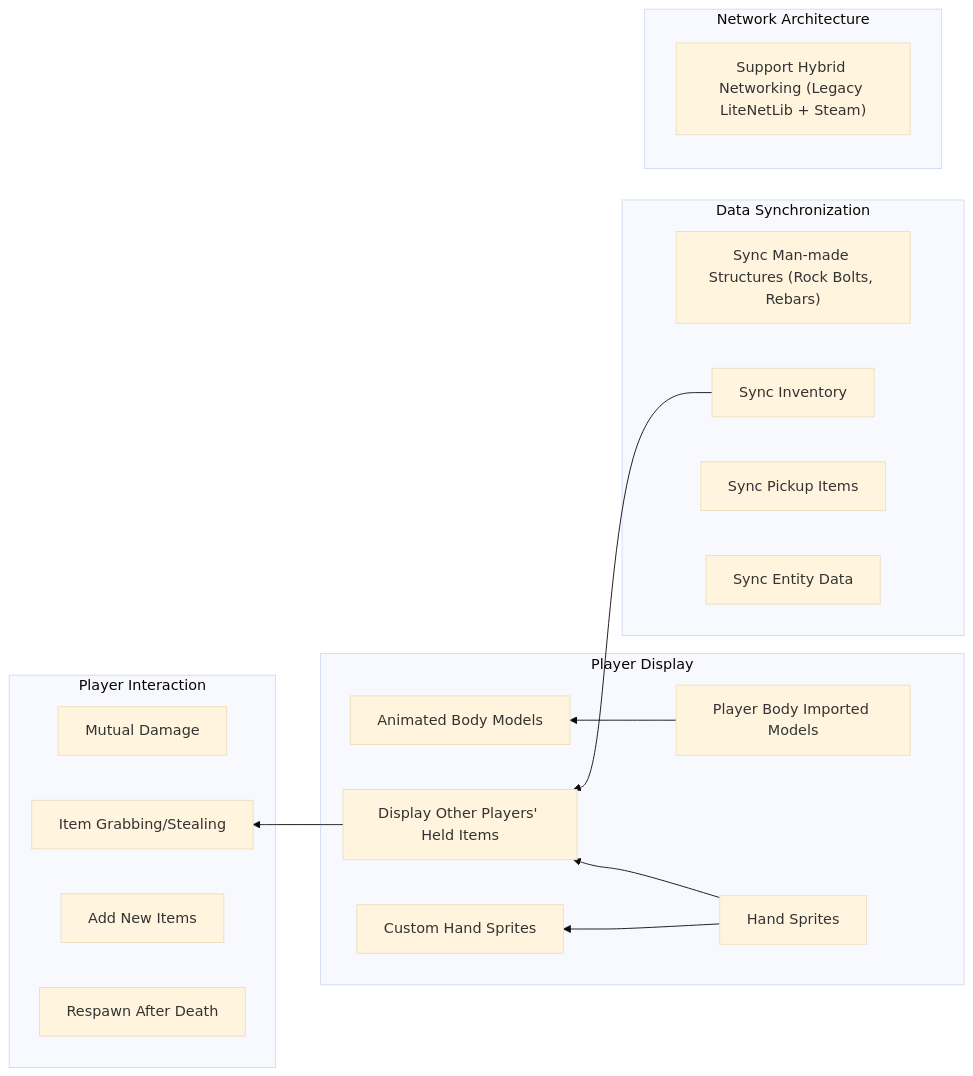
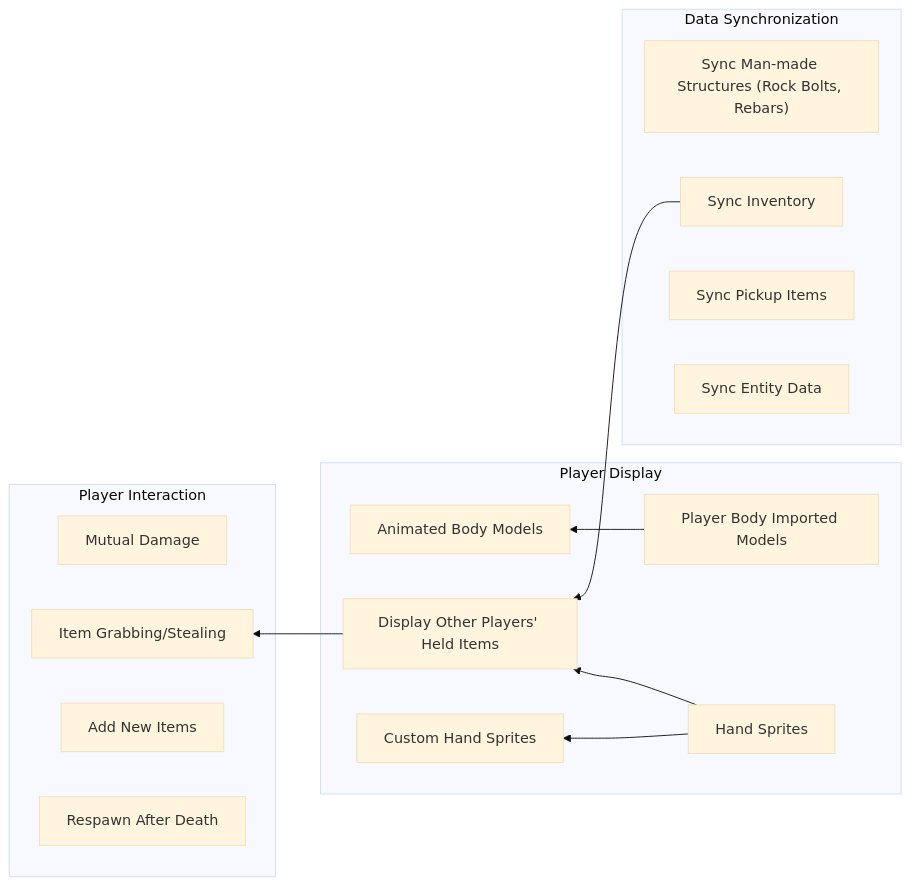
Before and after one commit to Shen-X-L/WKMultiMod: the diagram in README.md, drawn with Mermaid (base theme). The commit also changed other lines of this file and 1 other file, not shown here.

````diff
--- a/README.md
+++ b/README.md
@@ -25,39 +24,34 @@
 ```mermaid
 graph RL
     %% Module 1: Player Display
     subgraph Player Display
         1a[Hand Sprites]
         1b[Player Body Imported Models]
         1c[Animated Body Models]
         1d[Display Other Players' Held Items]
         1e[Custom Hand Sprites]
     end
 
     %% Module 2: Player Interaction
     subgraph Player Interaction
         2a[Mutual Damage]
         2b[Item Grabbing/Stealing]
         2c[Add New Items]
         2e[Respawn After Death]
     end
 
     %% Module 3: Data Synchronization
     subgraph Data Synchronization
         3a["Sync Man-made Structures (Rock Bolts, Rebars)"]
         3b[Sync Inventory]
         3c[Sync Pickup Items]
         3e[Sync Entity Data]
     end
 
-    %% Module 4: Network Architecture
-    subgraph Network Architecture
-        4b["Support Hybrid Networking (Legacy LiteNetLib + Steam)"]
-    end
-
     %% Dependency Connections (cross-module and within modules)
     1a --> 1e
     1b --> 1c
     3b --> 1d
     1a --> 1d
     1d --> 2b
 ```
````
